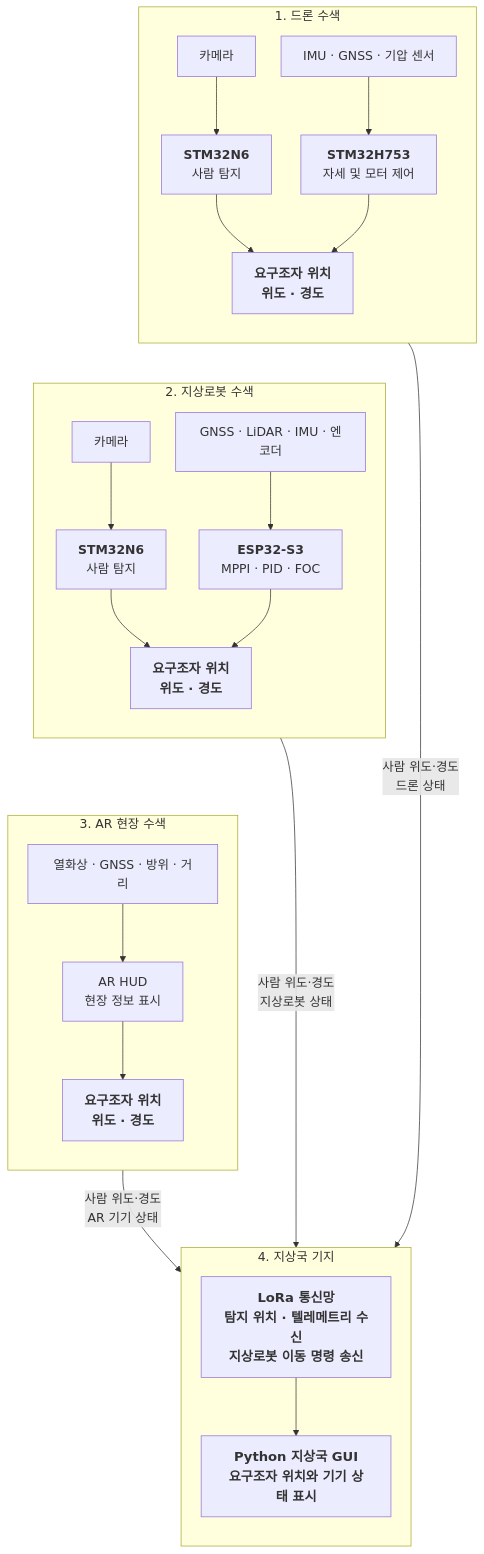
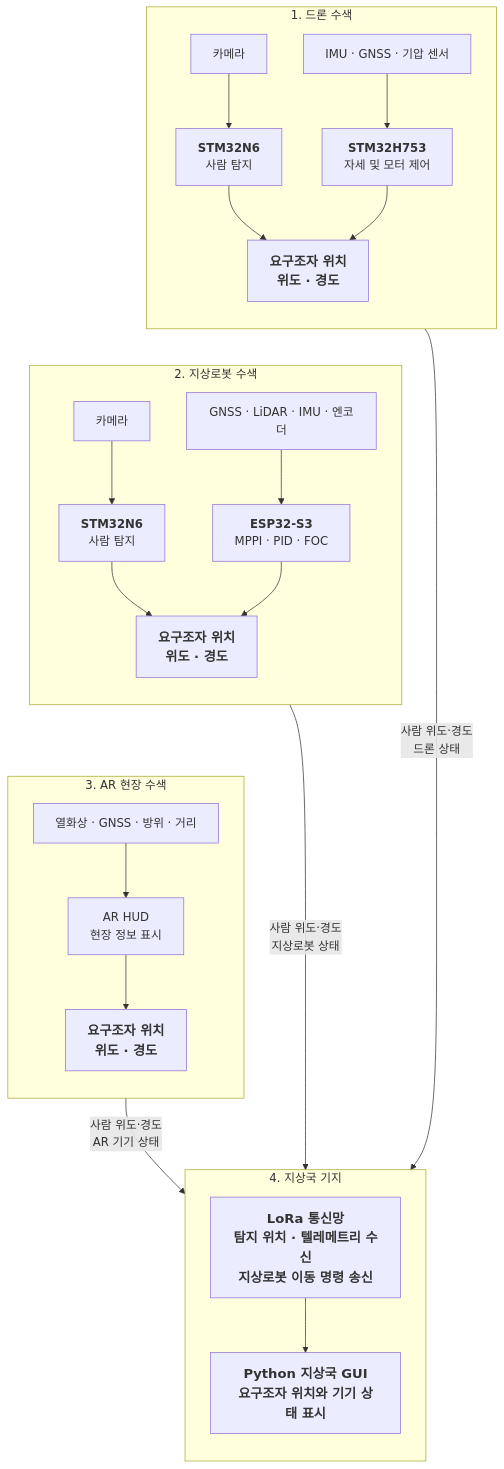
One commit to thdtjdgur/26_HC238 changed the diagram in README.md. Above: the diagram before and after it, drawn with Mermaid.

Commit message:
docs: fix GitHub Mermaid rendering

````diff
--- a/README.md
+++ b/README.md
@@ -96,41 +96,40 @@
 ```mermaid
-%%{init: {"themeVariables": {"fontSize": "17px"}, "flowchart": {"nodeSpacing": 35, "rankSpacing": 55}}}%%
 flowchart TB
     subgraph UAV["1. 드론 수색"]
         direction TB
         U_CAM["카메라"] --> U_AI["<b>STM32N6</b><br/>사람 탐지"]
         U_SENSOR["IMU · GNSS · 기압 센서"] --> U_CTRL["<b>STM32H753</b><br/>자세 및 모터 제어"]
         U_AI --> U_POS["<b>요구조자 위치</b><br/>위도 · 경도"]
         U_CTRL --> U_POS
     end
 
     subgraph UGV["2. 지상로봇 수색"]
         direction TB
         G_CAM["카메라"] --> G_AI["<b>STM32N6</b><br/>사람 탐지"]
         G_SENSOR["GNSS · LiDAR · IMU · 엔코더"] --> G_CTRL["<b>ESP32-S3</b><br/>MPPI · PID · FOC"]
         G_AI --> G_POS["<b>요구조자 위치</b><br/>위도 · 경도"]
         G_CTRL --> G_POS
     end
 
     subgraph AR["3. AR 현장 수색"]
         direction TB
         A_SENSOR["열화상 · GNSS · 방위 · 거리"] --> A_HUD["AR HUD<br/>현장 정보 표시"]
         A_HUD --> A_POS["<b>요구조자 위치</b><br/>위도 · 경도"]
     end
 
     subgraph BASE["4. 지상국 기지"]
         direction TB
         LORA["<b>LoRa 통신망</b><br/>탐지 위치 · 텔레메트리 수신<br/>지상로봇 이동 명령 송신"]
         LORA --> GUI["<b>Python 지상국 GUI</b><br/>요구조자 위치와 기기 상태 표시"]
     end
 
     U_POS -->|"사람 위도·경도<br/>드론 상태"| LORA
     G_POS -->|"사람 위도·경도<br/>지상로봇 상태"| LORA
     A_POS -->|"사람 위도·경도<br/>AR 기기 상태"| LORA
 
     U_POS ~~~ G_CAM
     G_POS ~~~ A_SENSOR
 
     classDef emphasis font-size:18px,font-weight:bold;
     class U_POS,G_POS,A_POS,LORA,GUI emphasis;
 ```
````
